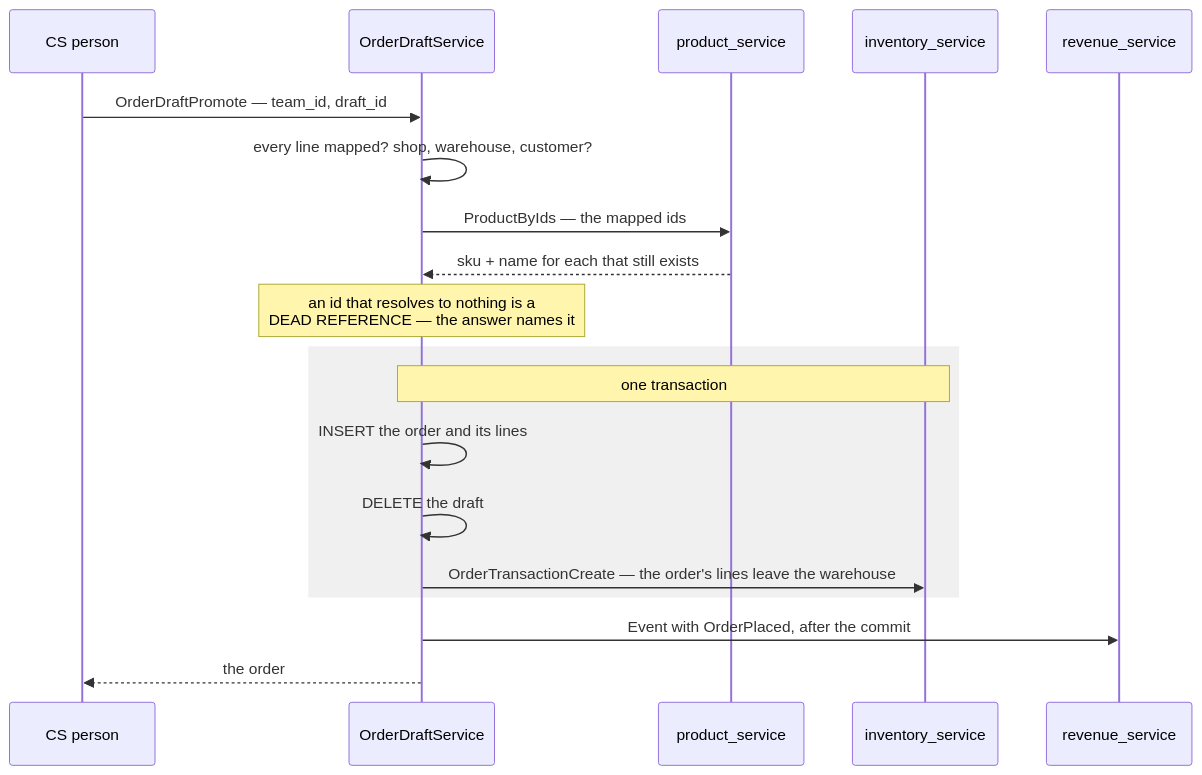
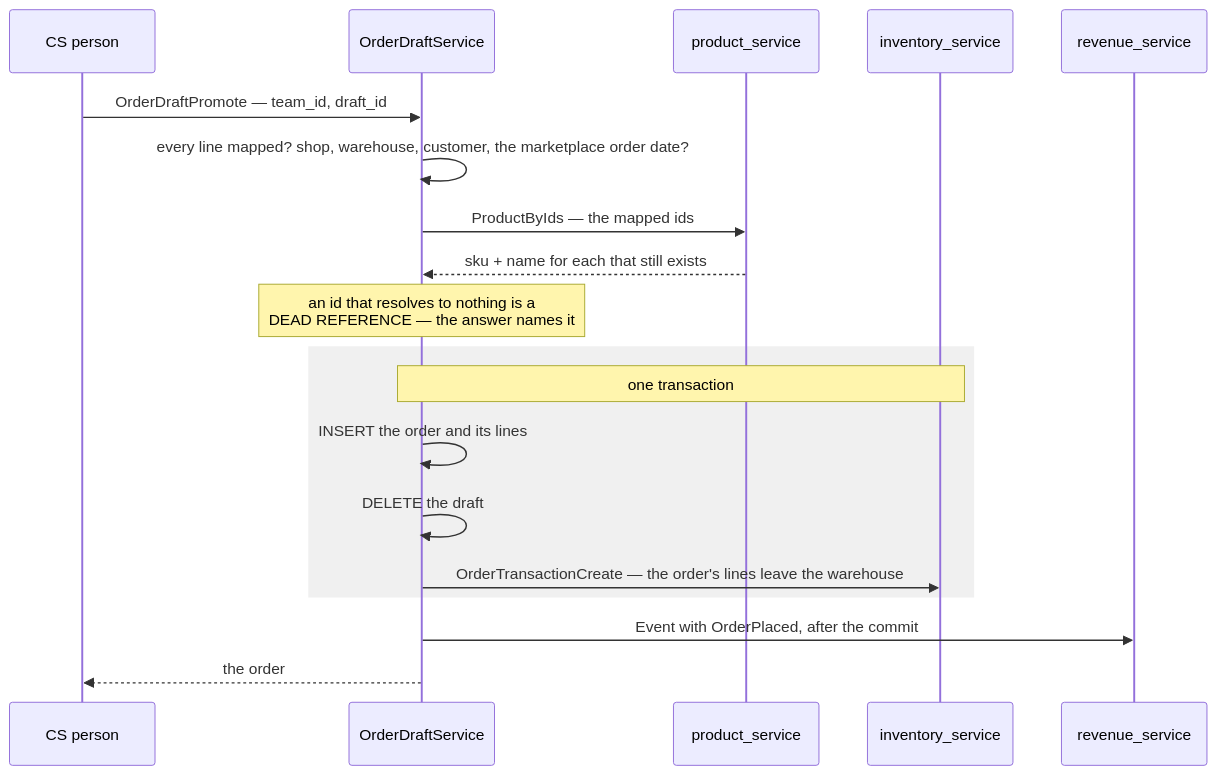
One commit to pdcgo/warehouse_revamp changed the ninth of 13 diagrams in docs/services/selling_service/rpc.md. Above: the diagram before and after it, drawn with Mermaid. The commit also changed other lines of this file and 214 other files, not shown here.

First line of the commit message:
feat(product): bundles end to end — with the warehouse fee and order work in flight

````diff
--- a/docs/services/selling_service/rpc.md
+++ b/docs/services/selling_service/rpc.md
@@ -405,22 +445,22 @@
 ```mermaid
 sequenceDiagram
     participant CS as CS person
     participant D as OrderDraftService
     participant P as product_service
     participant I as inventory_service
     participant R as revenue_service
 
     CS->>D: OrderDraftPromote — team_id, draft_id
-    D->>D: every line mapped? shop, warehouse, customer?
+    D->>D: every line mapped? shop, warehouse, customer, the marketplace order date?
     D->>P: ProductByIds — the mapped ids
     P-->>D: sku + name for each that still exists
     Note over D: an id that resolves to nothing is a<br/>DEAD REFERENCE — the answer names it
     rect rgb(240, 240, 240)
         Note over D,I: one transaction
         D->>D: INSERT the order and its lines
         D->>D: DELETE the draft
         D->>I: OrderTransactionCreate — the order's lines leave the warehouse
     end
     D->>R: Event with OrderPlaced, after the commit
     D-->>CS: the order
 ```
````
